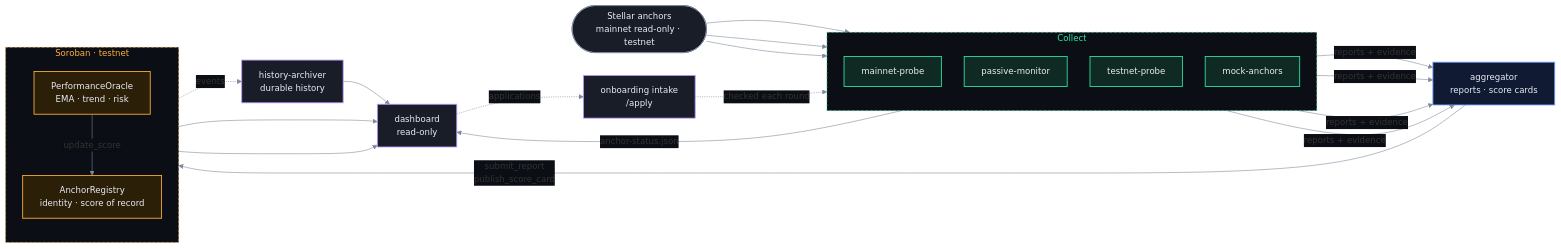
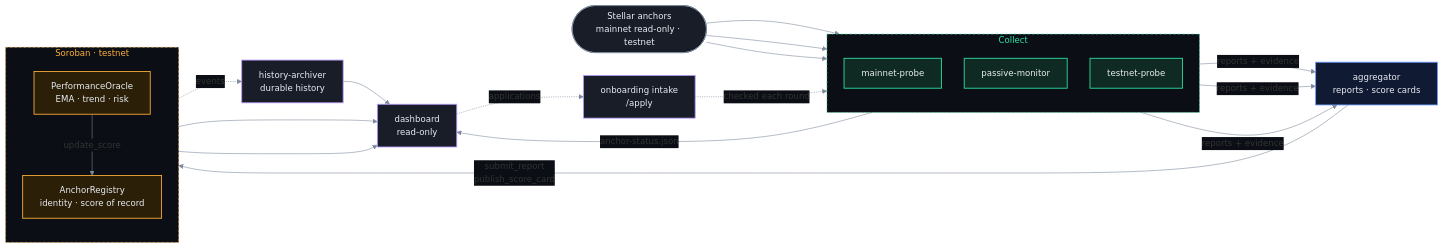
One commit to rbeyzas/Anchor-Status changed the diagram in README.md. Above: the diagram before and after it, drawn with Mermaid. The commit also changed other lines of this file and 63 other files, not shown here.

Commit message:
Mock Anchors Has Been Removed

````diff
--- a/README.md
+++ b/README.md
@@ -61,50 +60,49 @@
 ```mermaid
 %%{init: {'theme':'base','themeVariables':{'fontFamily':'Space Grotesk, ui-sans-serif, system-ui, sans-serif','fontSize':'15px','lineColor':'#7D889B','textColor':'#E9EDF4','clusterBkg':'#11151D','clusterBorder':'#364052','edgeLabelBackground':'#0B0E14'},'flowchart':{'curve':'basis','nodeSpacing':40,'rankSpacing':60,'htmlLabels':true}}}%%
 flowchart LR
     ANCH(["Stellar anchors<br/>mainnet read-only · testnet"])
 
     subgraph COLLECT["Collect"]
         direction TB
         MP["mainnet-probe"]
         PM["passive-monitor"]
         TP["testnet-probe"]
-        MA["mock-anchors"]
     end
 
     AGG["aggregator<br/>reports · score cards"]
 
     subgraph CHAIN["Soroban · testnet"]
         direction TB
         ORA["PerformanceOracle<br/>EMA · trend · risk"]
         REG["AnchorRegistry<br/>identity · score of record"]
     end
 
     ARC["history-archiver<br/>durable history"]
     DASH["dashboard<br/>read-only"]
     INTAKE["onboarding intake<br/>/apply"]
 
     ANCH --> MP & PM & TP
-    MP & PM & TP & MA -->|"reports + evidence"| AGG
+    MP & PM & TP -->|"reports + evidence"| AGG
     AGG -->|"submit_report<br/>publish_score_card"| ORA
     ORA -->|"update_score"| REG
     ORA -.->|"events"| ARC
     ORA --> DASH
     REG --> DASH
     ARC --> DASH
     MP -->|"anchor-status.json"| DASH
     DASH -.->|"applications"| INTAKE
     INTAKE -.->|"checked each round"| MP
 
     classDef ext fill:#181D27,stroke:#7D889B,color:#E9EDF4,stroke-width:1.5px
     classDef collect fill:#0F2A22,stroke:#2EE6A6,color:#E9EDF4,stroke-width:1.5px
     classDef agg fill:#101A33,stroke:#6B9BFF,color:#E9EDF4,stroke-width:1.5px
     classDef chain fill:#2C1F08,stroke:#FFB03A,color:#E9EDF4,stroke-width:1.5px
     classDef view fill:#181D27,stroke:#B79CFF,color:#E9EDF4,stroke-width:1.5px
     class ANCH ext
-    class MP,PM,TP,MA collect
+    class MP,PM,TP collect
     class AGG agg
     class ORA,REG chain
     class ARC,DASH,INTAKE view
     style COLLECT fill:#0B0E14,stroke:#2EE6A6,stroke-dasharray:4 4,color:#2EE6A6
     style CHAIN fill:#0B0E14,stroke:#FFB03A,stroke-dasharray:4 4,color:#FFB03A
 ```
````
